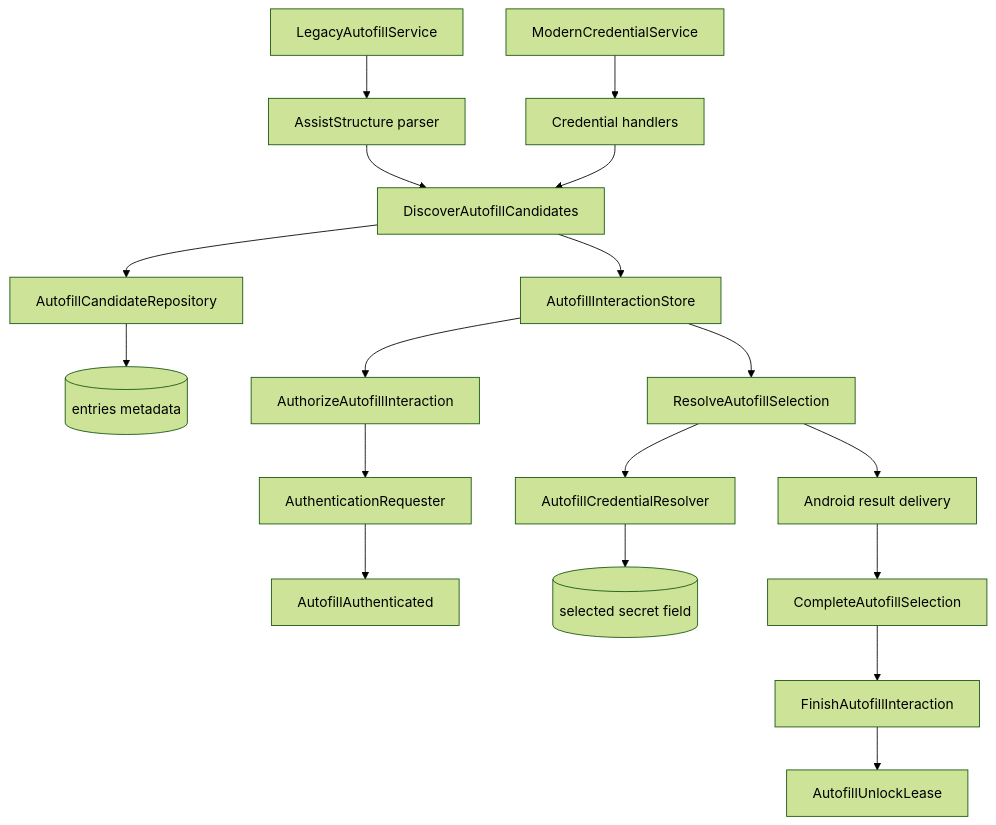
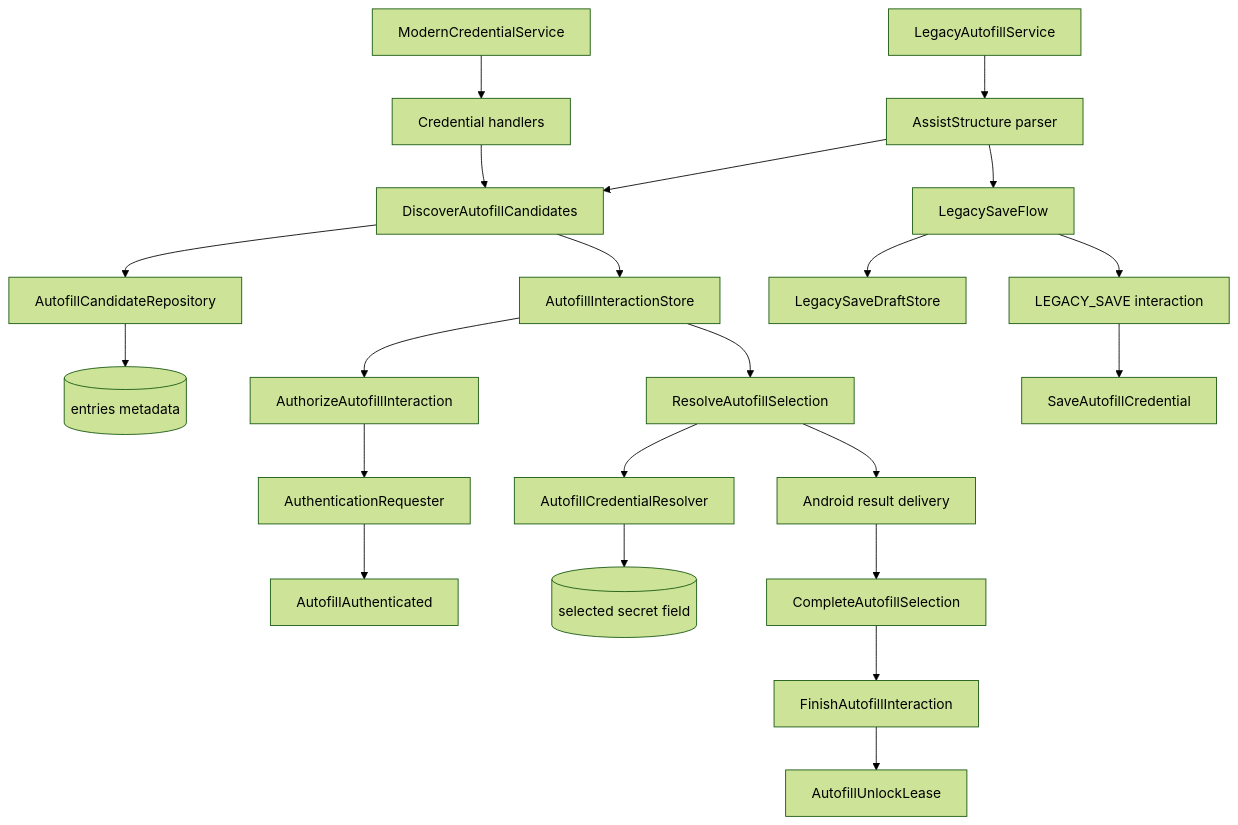
Before and after one commit to aozijx/Passly: the diagram in docs/security/autofill.md, drawn with Mermaid (forest theme). The commit also changed other lines of this file and 3 other files, not shown here.

Commit message:
docs(autofill): document independent legacy saving

````diff
--- a/docs/security/autofill.md
+++ b/docs/security/autofill.md
@@ -11,20 +11,24 @@
 ```mermaid
 flowchart TD
     Legacy[LegacyAutofillService] --> Parse[AssistStructure parser]
     Credential[ModernCredentialService] --> CredentialAdapter[Credential handlers]
     Parse --> Discover[DiscoverAutofillCandidates]
+    Parse --> LegacySave[LegacySaveFlow]
     CredentialAdapter --> Discover
     Discover --> CandidateRepository[AutofillCandidateRepository]
     CandidateRepository --> Metadata[(entries metadata)]
     Discover --> Store[AutofillInteractionStore]
     Store --> Authorize[AuthorizeAutofillInteraction]
     Authorize --> Auth[AuthenticationRequester]
     Auth --> Temporary[AutofillAuthenticated]
     Store --> Resolve[ResolveAutofillSelection]
     Resolve --> Resolver[AutofillCredentialResolver]
     Resolver --> Secret[(selected secret field)]
     Resolve --> Platform[Android result delivery]
     Platform --> Complete[CompleteAutofillSelection]
     Complete --> Finish[FinishAutofillInteraction]
     Finish --> Lease[AutofillUnlockLease]
+    LegacySave --> SaveDraft[LegacySaveDraftStore]
+    LegacySave --> SaveAuth[LEGACY_SAVE interaction]
+    SaveAuth --> SaveCredential[SaveAutofillCredential]
 ```
````
